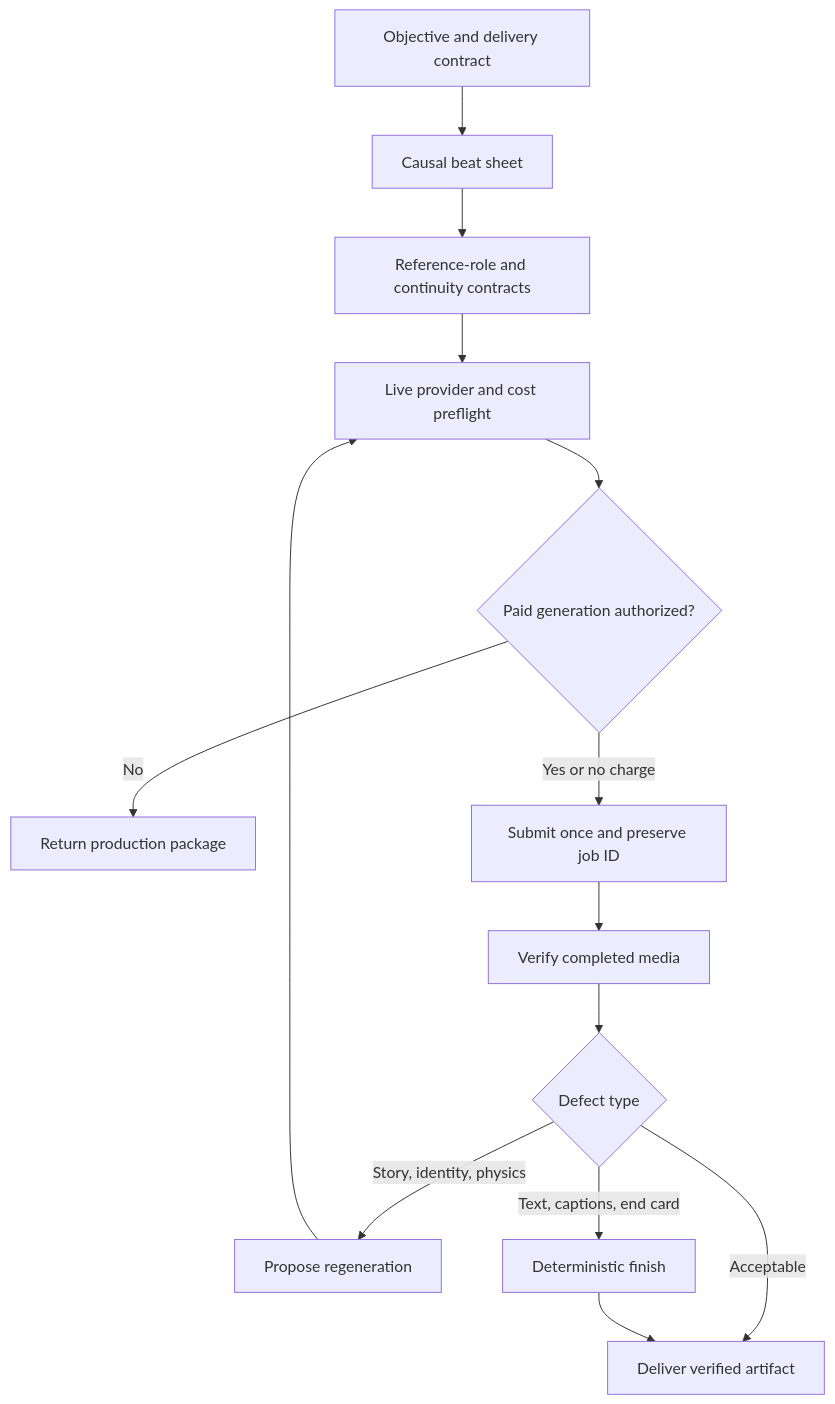
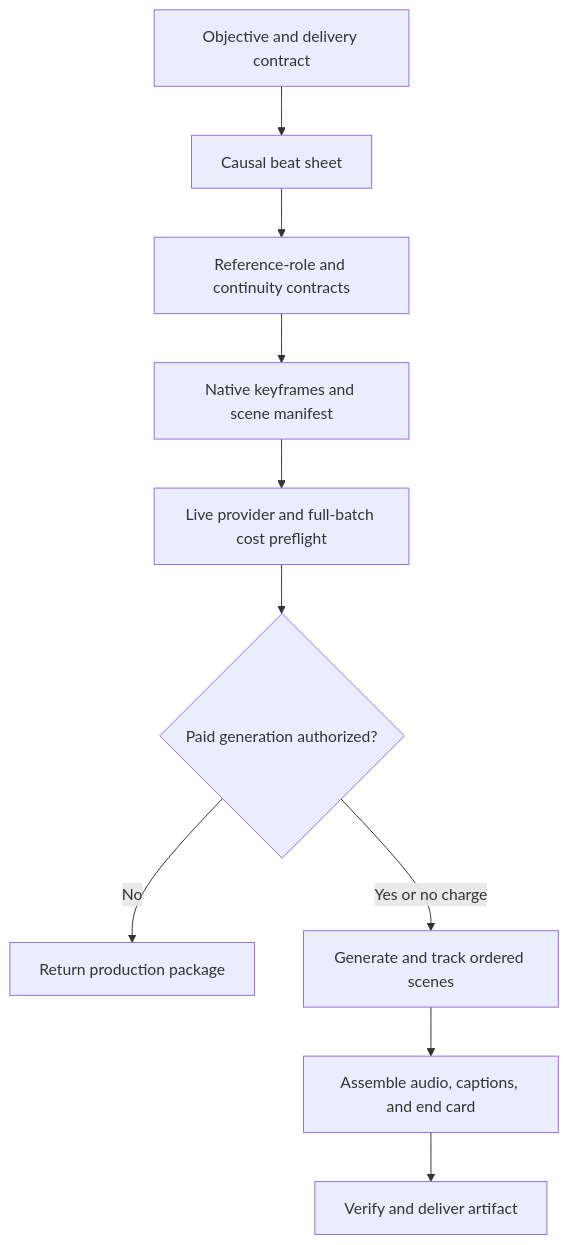
Before and after one commit to vladicaster/agent-skills: the diagram in creative/produce-reference-driven-video/README.md, drawn with Mermaid. The commit also changed other lines of this file and 5 other files, not shown here.

````diff
--- a/creative/produce-reference-driven-video/README.md
+++ b/creative/produce-reference-driven-video/README.md
@@ -46,16 +48,12 @@
 ```mermaid
 flowchart TD
     A[Objective and delivery contract] --> B[Causal beat sheet]
     B --> C[Reference-role and continuity contracts]
-    C --> D[Live provider and cost preflight]
-    D --> E{Paid generation authorized?}
-    E -->|No| F[Return production package]
-    E -->|Yes or no charge| G[Submit once and preserve job ID]
-    G --> H[Verify completed media]
-    H --> I{Defect type}
-    I -->|Story, identity, physics| J[Propose regeneration]
-    I -->|Text, captions, end card| K[Deterministic finish]
-    I -->|Acceptable| L[Deliver verified artifact]
-    J --> D
-    K --> L
+    C --> D[Native keyframes and scene manifest]
+    D --> E[Live provider and full-batch cost preflight]
+    E --> F{Paid generation authorized?}
+    F -->|No| G[Return production package]
+    F -->|Yes or no charge| H[Generate and track ordered scenes]
+    H --> I[Assemble audio, captions, and end card]
+    I --> J[Verify and deliver artifact]
 ```
````
